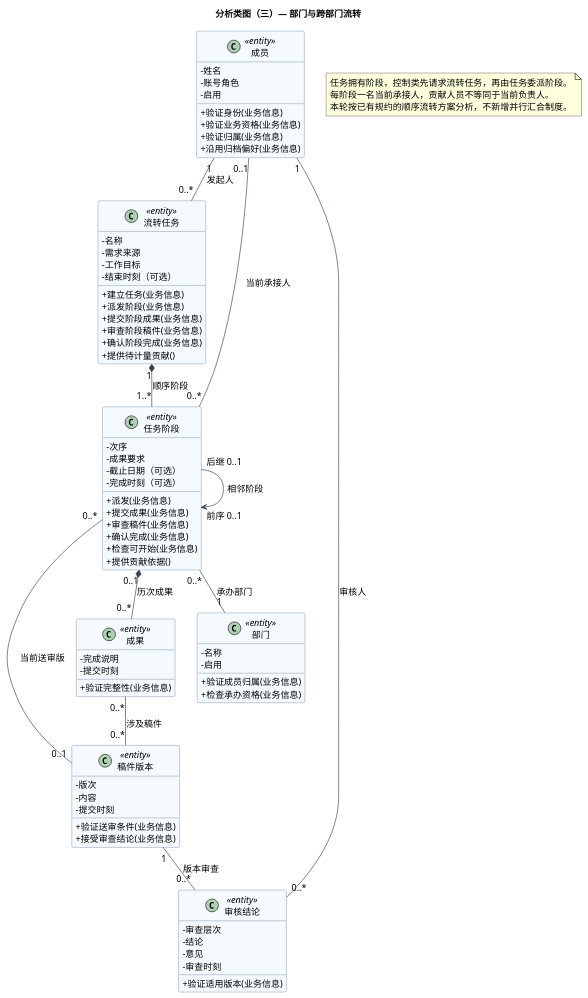
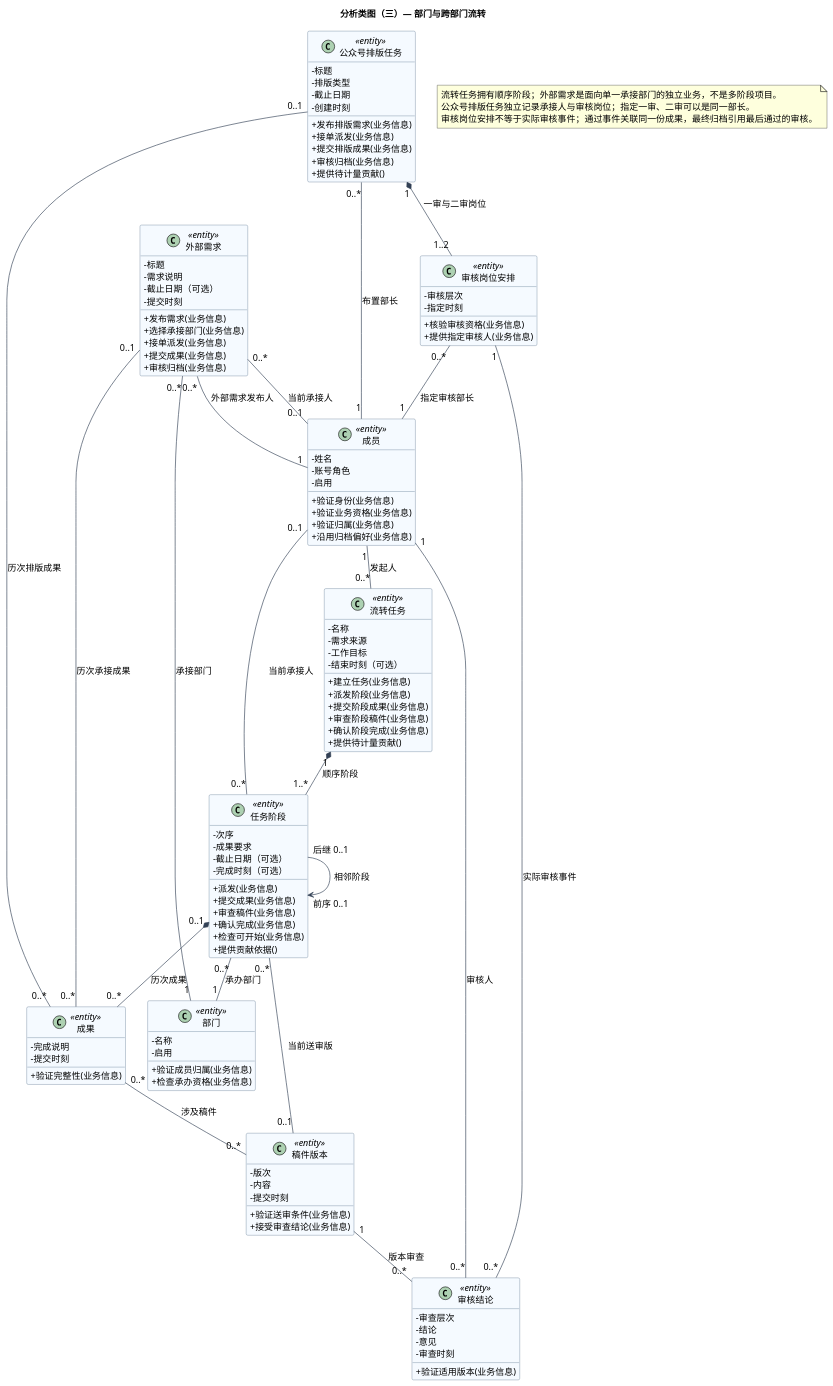
The diagram in docs/diagrams/analysis/class-workflow.puml (tccc1csu/miniprogram-csu), drawn with PlantUML before and after one commit. The commit also changed 35 other files, not shown here.

Commit message:
docs: align normalized database with external requests and layout reviews

```diff
--- a/docs/diagrams/analysis/class-workflow.puml
+++ b/docs/diagrams/analysis/class-workflow.puml
@@ -1,85 +1,122 @@
 @startuml
 title 分析类图（三）— 部门与跨部门流转
 skinparam defaultFontName Microsoft YaHei
 skinparam defaultFontSize 14
 skinparam shadowing false
 skinparam backgroundColor white
 skinparam classAttributeIconSize 0
 skinparam classBackgroundColor #F5FAFF
 skinparam classBorderColor #46637F
 skinparam ArrowColor #334155
 skinparam nodesep 35
 skinparam ranksep 45
 hide empty members
 class "成员" as Member <<entity>> {
   - 姓名
   - 账号角色
   - 启用
   + 验证身份(业务信息)
   + 验证业务资格(业务信息)
   + 验证归属(业务信息)
   + 沿用归档偏好(业务信息)
 }
 class "部门" as Department <<entity>> {
   - 名称
   - 启用
   + 验证成员归属(业务信息)
   + 检查承办资格(业务信息)
 }
 class "流转任务" as Workflow <<entity>> {
   - 名称
   - 需求来源
   - 工作目标
   - 结束时刻（可选）
   + 建立任务(业务信息)
   + 派发阶段(业务信息)
   + 提交阶段成果(业务信息)
   + 审查阶段稿件(业务信息)
   + 确认阶段完成(业务信息)
   + 提供待计量贡献()
 }
 class "任务阶段" as Stage <<entity>> {
   - 次序
   - 成果要求
   - 截止日期（可选）
   - 完成时刻（可选）
   + 派发(业务信息)
   + 提交成果(业务信息)
   + 审查稿件(业务信息)
   + 确认完成(业务信息)
   + 检查可开始(业务信息)
   + 提供贡献依据()
 }
+class "外部需求" as ExternalRequest <<entity>> {
+  - 标题
+  - 需求说明
+  - 截止日期（可选）
+  - 提交时刻
+  + 发布需求(业务信息)
+  + 选择承接部门(业务信息)
+  + 接单派发(业务信息)
+  + 提交成果(业务信息)
+  + 审核归档(业务信息)
+}
+class "公众号排版任务" as OperationsLayout <<entity>> {
+  - 标题
+  - 排版类型
+  - 截止日期
+  - 创建时刻
+  + 发布排版需求(业务信息)
+  + 接单派发(业务信息)
+  + 提交排版成果(业务信息)
+  + 审核归档(业务信息)
+  + 提供待计量贡献()
+}
+class "审核岗位安排" as ReviewAssignment <<entity>> {
+  - 审核层次
+  - 指定时刻
+  + 核验审核资格(业务信息)
+  + 提供指定审核人(业务信息)
+}
 class "成果" as Outcome <<entity>> {
   - 完成说明
   - 提交时刻
   + 验证完整性(业务信息)
 }
 class "稿件版本" as Version <<entity>> {
   - 版次
   - 内容
   - 提交时刻
   + 验证送审条件(业务信息)
   + 接受审查结论(业务信息)
 }
 class "审核结论" as Review <<entity>> {
   - 审查层次
   - 结论
   - 意见
   - 审查时刻
   + 验证适用版本(业务信息)
 }
 
 Member "1" -- "0..*" Workflow : 发起人
 Workflow "1" *-- "1..*" Stage : 顺序阶段
 Stage "后继 0..1" --> "前序 0..1" Stage : 相邻阶段
 Stage "0..*" -- "1" Department : 承办部门
 Stage "0..*" -- "0..1" Member : 当前承接人
 Stage "0..1" *-- "0..*" Outcome : 历次成果
 Stage "0..*" -- "0..1" Version : 当前送审版
 Outcome "0..*" -- "0..*" Version : 涉及稿件
 Version "1" -- "0..*" Review : 版本审查
 Member "1" -- "0..*" Review : 审核人
+ExternalRequest "0..*" -- "1" Member : 外部需求发布人
+ExternalRequest "0..*" -- "1" Department : 承接部门
+ExternalRequest "0..*" -- "0..1" Member : 当前承接人
+OperationsLayout "0..*" -- "1" Member : 布置部长
+OperationsLayout "1" *-- "1..2" ReviewAssignment : 一审与二审岗位
+ReviewAssignment "0..*" -- "1" Member : 指定审核部长
+ReviewAssignment "1" -- "0..*" Review : 实际审核事件
+OperationsLayout "0..1" -- "0..*" Outcome : 历次排版成果
+ExternalRequest "0..1" -- "0..*" Outcome : 历次承接成果
 
-note "任务拥有阶段，控制类先请求流转任务，再由任务委派阶段。\n每阶段一名当前承接人，贡献人员不等同于当前负责人。\n本轮按已有规约的顺序流转方案分析，不新增并行汇合制度。" as Guidance
+note "流转任务拥有顺序阶段；外部需求是面向单一承接部门的独立业务，不是多阶段项目。\n公众号排版任务独立记录承接人与审核岗位；指定一审、二审可以是同一部长。\n审核岗位安排不等于实际审核事件；通过事件关联同一份成果，最终归档引用最后通过的审核。" as Guidance
 @enduml
```
